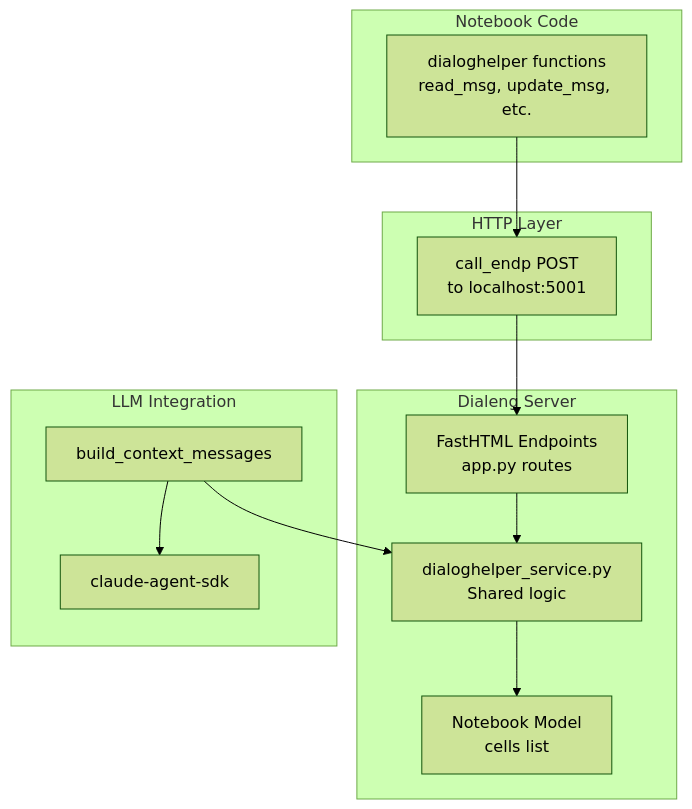
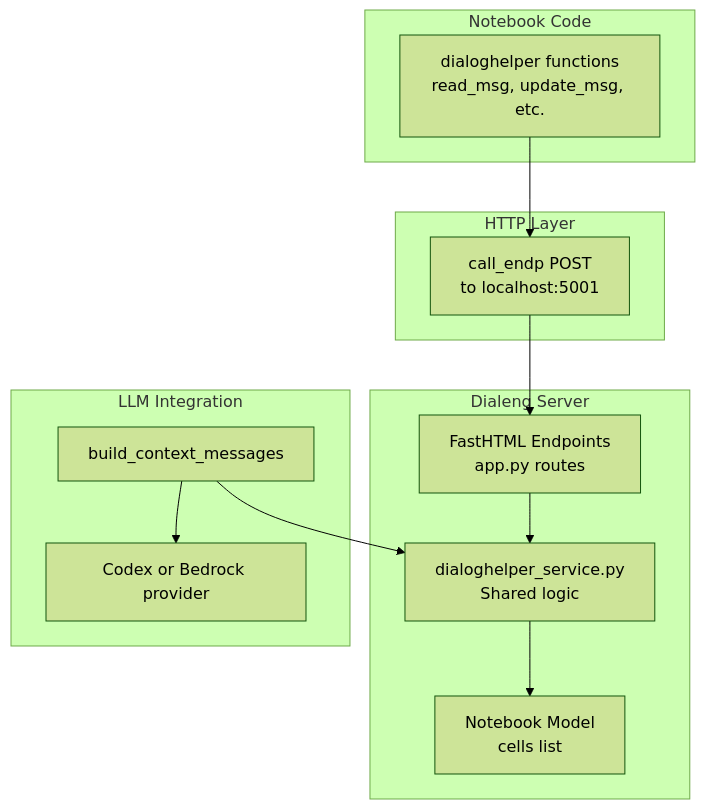
The first of 9 diagrams in docs/how_it_works/05_dialoghelper_integration.md (sgaseretto/solveish), drawn with Mermaid (forest theme) before and after one commit. The commit also changed 117 other files, not shown here.

````diff
--- a/docs/how_it_works/05_dialoghelper_integration.md
+++ b/docs/how_it_works/05_dialoghelper_integration.md
@@ -50,28 +50,28 @@
 ```mermaid
 flowchart TB
     subgraph "Notebook Code"
         DH[dialoghelper functions<br/>read_msg, update_msg, etc.]
     end
 
     subgraph "HTTP Layer"
         CE[call_endp POST<br/>to localhost:5001]
     end
 
     subgraph "Dialeng Server"
         EP[FastHTML Endpoints<br/>app.py routes]
         SVC[dialoghelper_service.py<br/>Shared logic]
         NB[Notebook Model<br/>cells list]
     end
 
     subgraph "LLM Integration"
         CTX[build_context_messages]
-        LLM[claude-agent-sdk]
+        LLM[Codex or Bedrock provider]
     end
 
     DH --> CE
     CE --> EP
     EP --> SVC
     SVC --> NB
     CTX --> SVC
     CTX --> LLM
 ```
````
